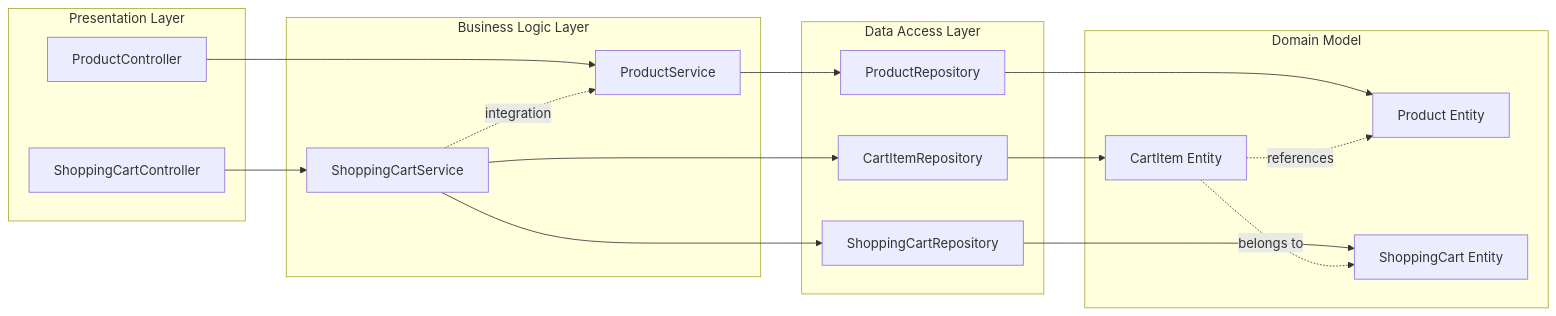
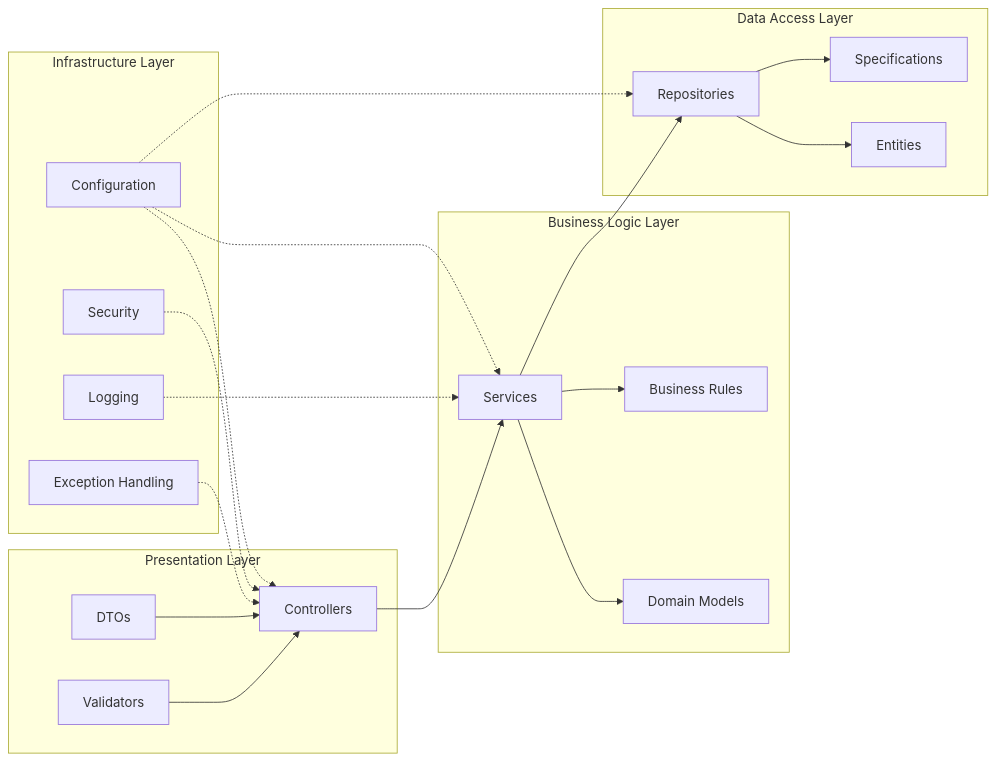
Before and after one commit to NavneetBN47/aava-ecom-demo: the second of 23 diagrams in docs/LLD/modified_lld.md, drawn with Mermaid. The commit also changed other lines of this file, not shown here.

````diff
--- a/docs/LLD/modified_lld.md
+++ b/docs/LLD/modified_lld.md
@@ -161,38 +143,42 @@
 ```mermaid
 graph LR
     subgraph "Presentation Layer"
-        PC[ProductController]
-        SCC[ShoppingCartController]
+        A[Controllers]
+        B[DTOs]
+        C[Validators]
     end
     
     subgraph "Business Logic Layer"
-        PS[ProductService]
-        SCS[ShoppingCartService]
+        D[Services]
+        E[Domain Models]
+        F[Business Rules]
     end
     
     subgraph "Data Access Layer"
-        PR[ProductRepository]
-        SCR[ShoppingCartRepository]
-        CIR[CartItemRepository]
+        G[Repositories]
+        H[Entities]
+        I[Specifications]
     end
     
-    subgraph "Domain Model"
-        P[Product Entity]
-        SC[ShoppingCart Entity]
-        CI[CartItem Entity]
+    subgraph "Infrastructure Layer"
+        J[Configuration]
+        K[Security]
+        L[Logging]
+        M[Exception Handling]
     end
     
-    PC --> PS
-    SCC --> SCS
-    PS --> PR
-    SCS --> SCR
-    SCS --> CIR
-    SCS -."integration".-> PS
-    
-    PR --> P
-    SCR --> SC
-    CIR --> CI
-    
-    CI -."references".-> P
-    CI -."belongs to".-> SC
+    A --> D
+    B --> A
+    C --> A
+    D --> E
+    D --> F
+    D --> G
+    G --> H
+    G --> I
+    J -.-> A
+    J -.-> D
+    J -.-> G
+    K -.-> A
+    L -.-> D
+    M -.-> A
 ```
````
